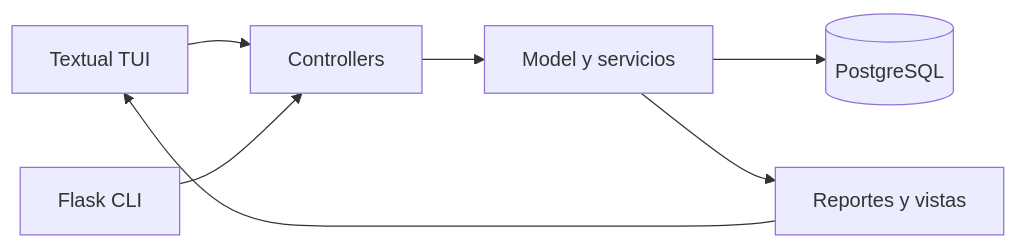
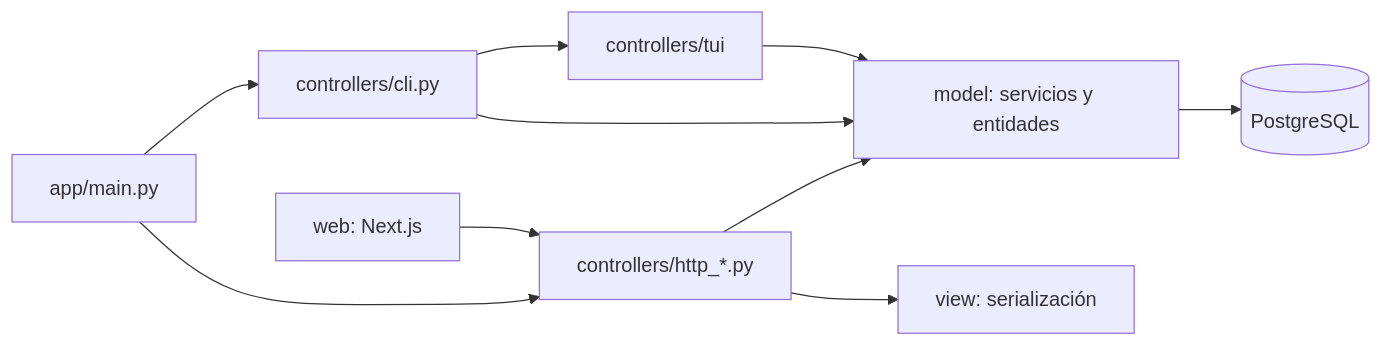
Before and after one commit to Drew1912/biblioteca-mvc-flask-next: the diagram in docs/ARCHITECTURE.md, drawn with Mermaid. The commit also changed other lines of this file and 87 other files, not shown here.

````diff
--- a/docs/ARCHITECTURE.md
+++ b/docs/ARCHITECTURE.md
@@ -5,9 +7,12 @@
 ```mermaid
 flowchart LR
-    TUI[Textual TUI] --> C[Controllers]
-    CLI[Flask CLI] --> C
-    C --> M[Model y servicios]
-    M --> DB[(PostgreSQL)]
-    M --> V[Reportes y vistas]
-    V --> TUI
+  Main[app/main.py] --> HTTP[controllers/http_*.py]
+  Main --> CLI[controllers/cli.py]
+  CLI --> TUI[controllers/tui]
+  HTTP --> Model[model: servicios y entidades]
+  CLI --> Model
+  TUI --> Model
+  Model --> DB[(PostgreSQL)]
+  HTTP --> View[view: serialización]
+  Web[web: Next.js] --> HTTP
 ```
````
